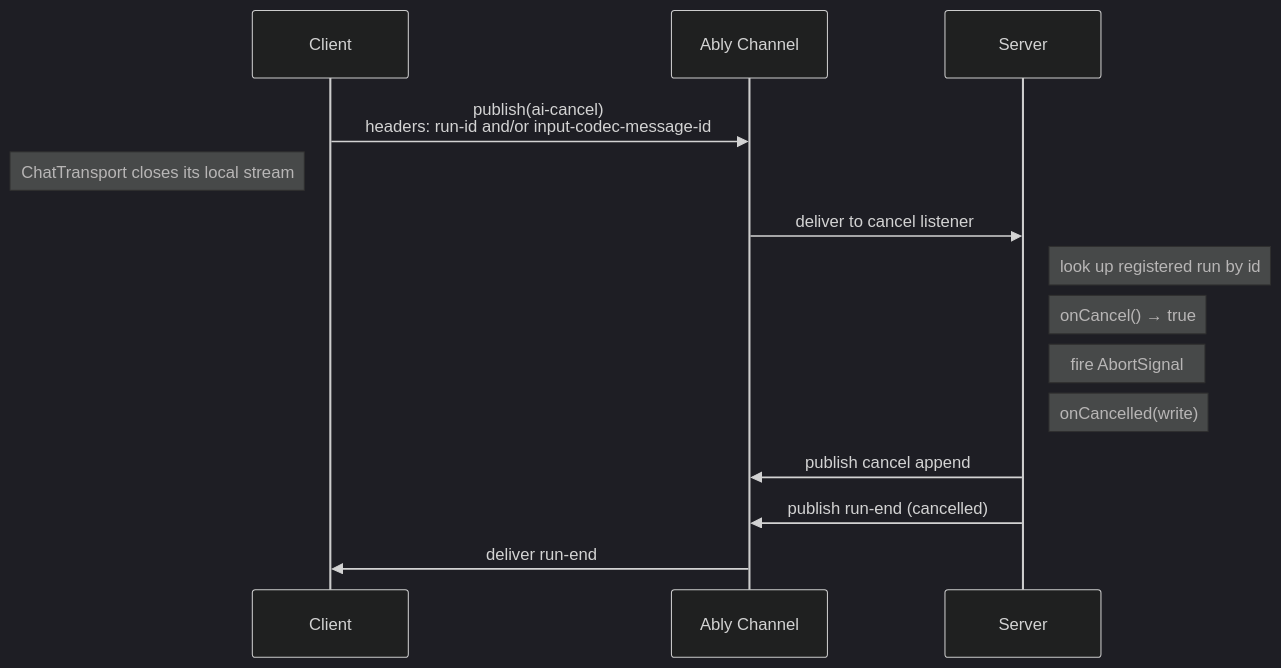
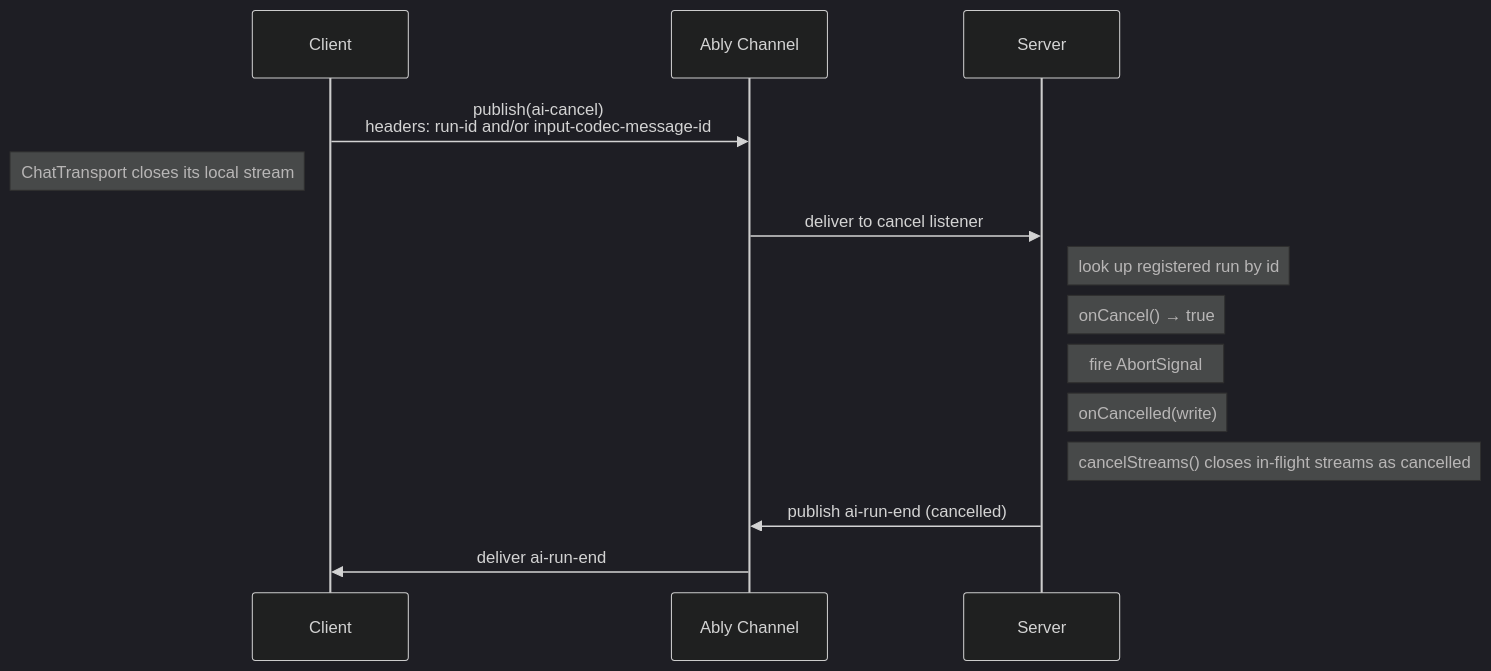
Before and after one commit to ably/ably-ai-transport-js: the diagram in docs/features/cancel.md, drawn with Mermaid (dark theme). The commit also changed other lines of this file and 12 other files, not shown here.

````diff
--- a/docs/features/cancel.md
+++ b/docs/features/cancel.md
@@ -88,17 +88,17 @@
 ```mermaid
 sequenceDiagram
     participant C as Client
     participant Ch as Ably Channel
     participant S as Server
 
     C->>Ch: publish(ai-cancel)<br/>headers: run-id and/or input-codec-message-id
     Note left of C: ChatTransport closes its local stream
     Ch->>S: deliver to cancel listener
     Note right of S: look up registered run by id
     Note right of S: onCancel() → true
     Note right of S: fire AbortSignal
     Note right of S: onCancelled(write)
-    S->>Ch: publish cancel append
-    S->>Ch: publish run-end (cancelled)
-    Ch->>C: deliver run-end
+    Note right of S: cancelStreams() closes in-flight streams as cancelled
+    S->>Ch: publish ai-run-end (cancelled)
+    Ch->>C: deliver ai-run-end
 ```
````
